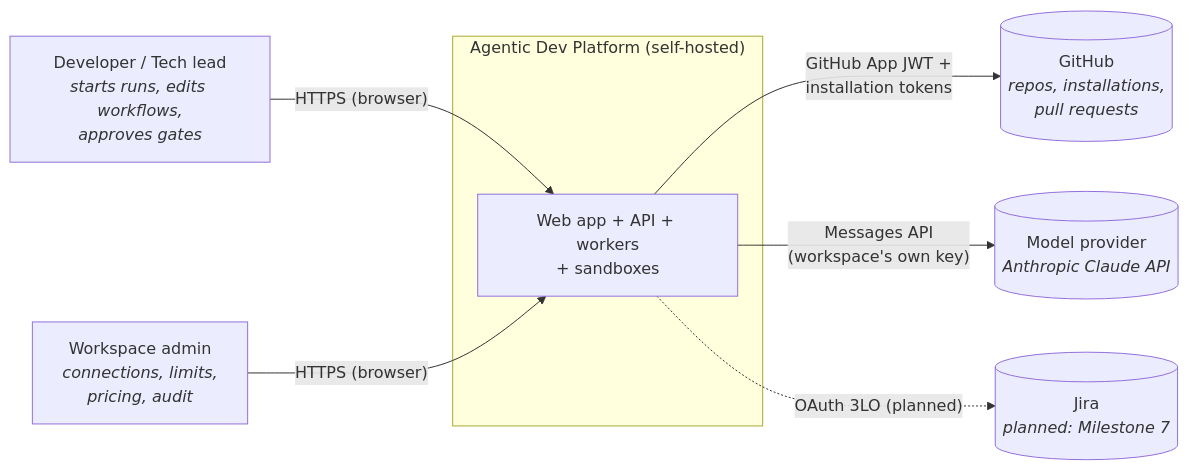
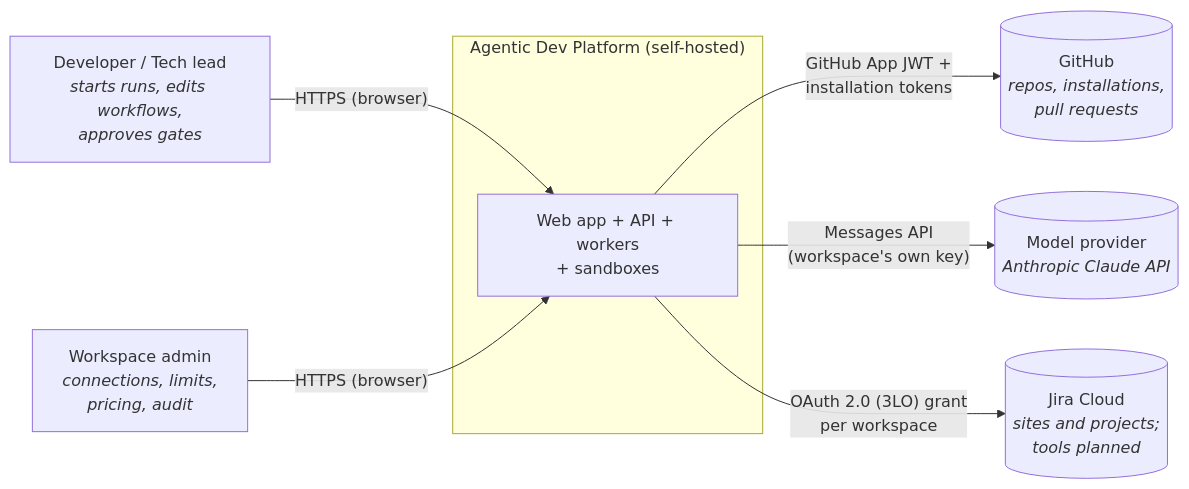
The first of 4 diagrams in docs/architecture/overview.md (KsiProgramming/agentic-dev), drawn with Mermaid before and after one commit. The commit also changed other lines of this file and 55 other files, not shown here.

First line of the commit message:
Phase 7.1 Atlassian OAuth 3LO per workspace, project scoping (#237)

````diff
--- a/docs/architecture/overview.md
+++ b/docs/architecture/overview.md
@@ -34,19 +34,19 @@
 ```mermaid
 flowchart LR
     dev["Developer / Tech lead<br/><i>starts runs, edits workflows,<br/>approves gates</i>"]
     admin["Workspace admin<br/><i>connections, limits,<br/>pricing, audit</i>"]
 
     subgraph platform["Agentic Dev Platform (self-hosted)"]
         sys["Web app + API + workers<br/>+ sandboxes"]
     end
 
     gh[("GitHub<br/><i>repos, installations,<br/>pull requests</i>")]
     llm[("Model provider<br/><i>Anthropic Claude API</i>")]
-    jira[("Jira<br/><i>planned: Milestone 7</i>")]
+    jira[("Jira Cloud<br/><i>sites and projects;<br/>tools planned</i>")]
 
     dev -- "HTTPS (browser)" --> sys
     admin -- "HTTPS (browser)" --> sys
     sys -- "GitHub App JWT +<br/>installation tokens" --> gh
     sys -- "Messages API<br/>(workspace's own key)" --> llm
-    sys -. "OAuth 3LO (planned)" .-> jira
+    sys -- "OAuth 2.0 (3LO) grant<br/>per workspace" --> jira
 ```
````
